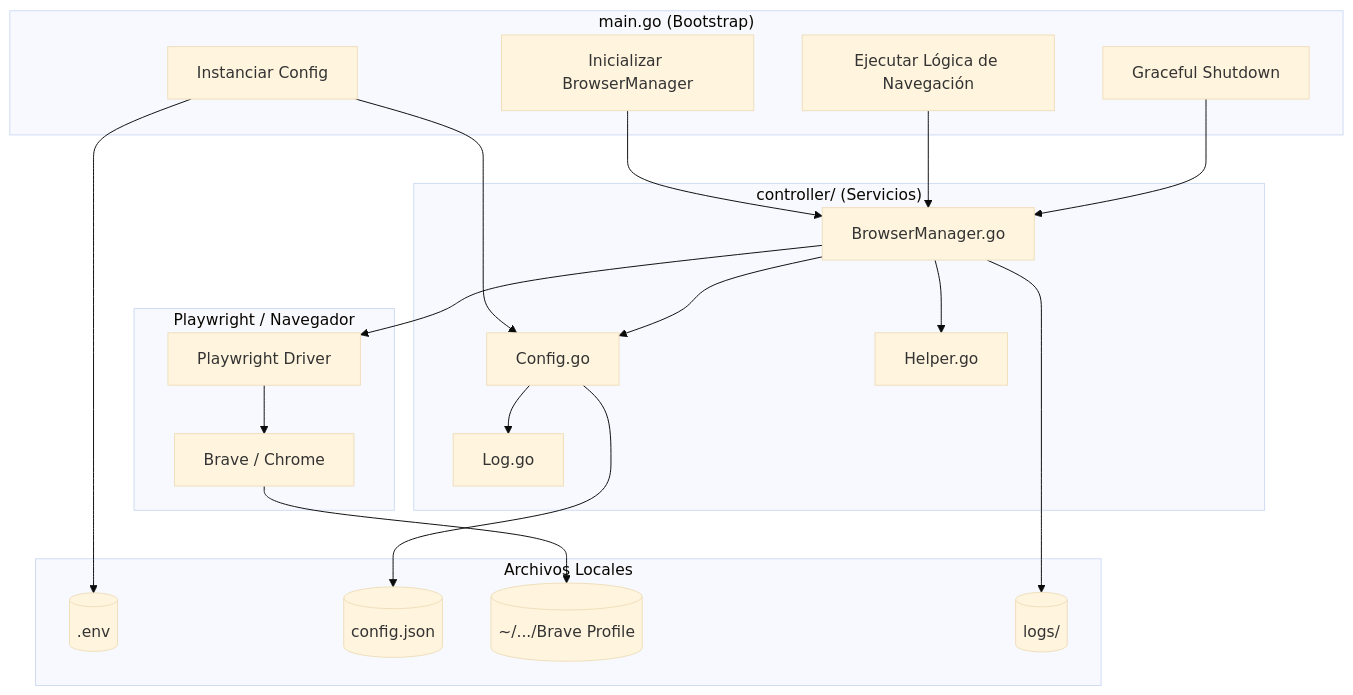
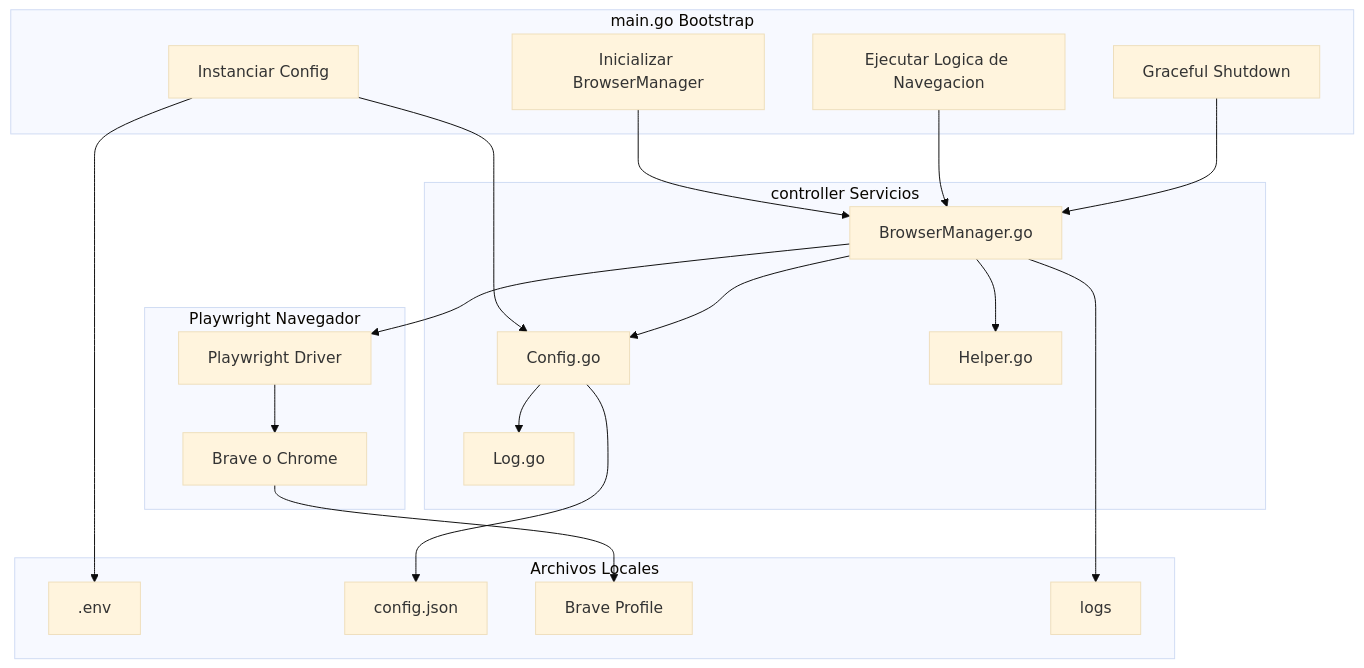
Before and after one commit to MartinCiro/indeed_scrapper: the second of 2 diagrams in README.md, drawn with Mermaid (base theme). The commit also changed other lines of this file, not shown here.

Commit message:
update: Se actualiza diagramas de readme

````diff
--- a/README.md
+++ b/README.md
@@ -140,42 +140,42 @@
 ```mermaid
 graph TB
-    subgraph "main.go (Bootstrap)"
+    subgraph "main.go Bootstrap"
         A[Instanciar Config]
         B[Inicializar BrowserManager]
-        C[Ejecutar Lógica de Navegación]
+        C[Ejecutar Logica de Navegacion]
         D[Graceful Shutdown]
     end
     
-    subgraph "controller/ (Servicios)"
+    subgraph "controller Servicios"
         E[Config.go]
         F[Helper.go]
         G[Log.go]
         H[BrowserManager.go]
     end
     
     subgraph "Archivos Locales"
-        I[(.env)]
-        J[(config.json)]
-        K[(~/.../Brave Profile)]
-        L[(logs/)]
+        I[.env]
+        J[config.json]
+        K[Brave Profile]
+        L[logs]
     end
     
-    subgraph "Playwright / Navegador"
+    subgraph "Playwright Navegador"
         M[Playwright Driver]
-        N[Brave / Chrome]
+        N[Brave o Chrome]
     end
     
     A --> E
     A --> I
     E --> J
     E --> G
     B --> H
     H --> E
     H --> F
     H --> M
     M --> N
     N --> K
     C --> H
     D --> H
     H --> L
 ```
````
